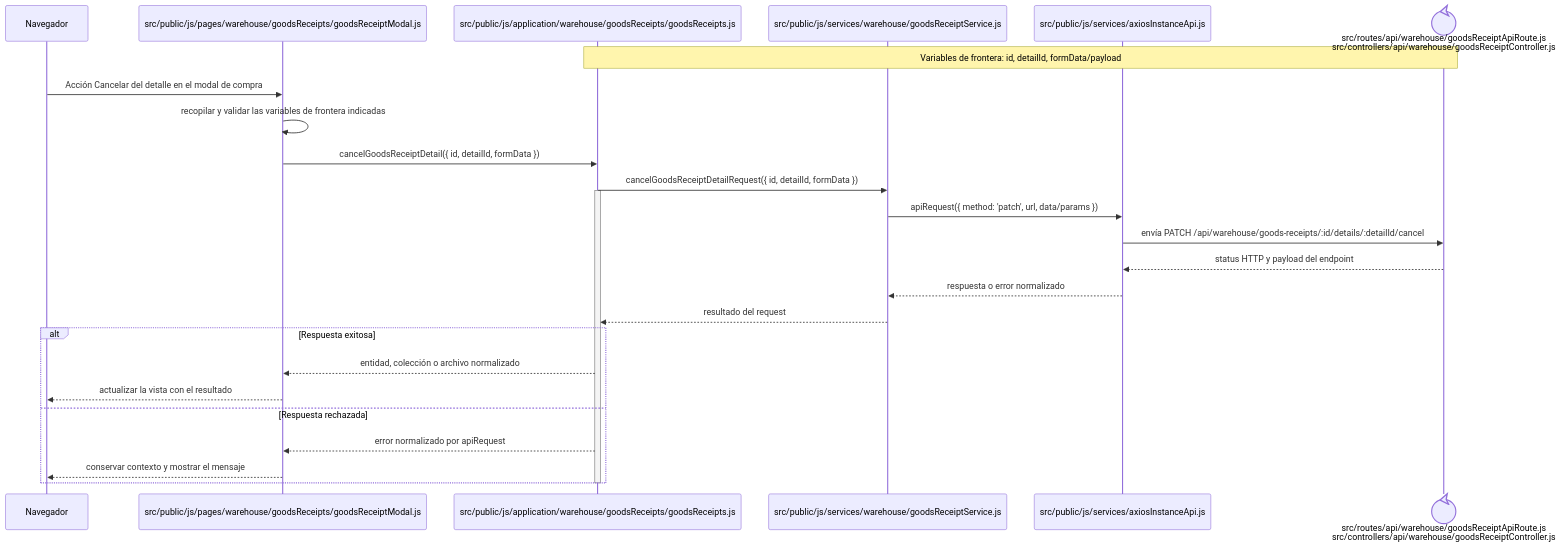
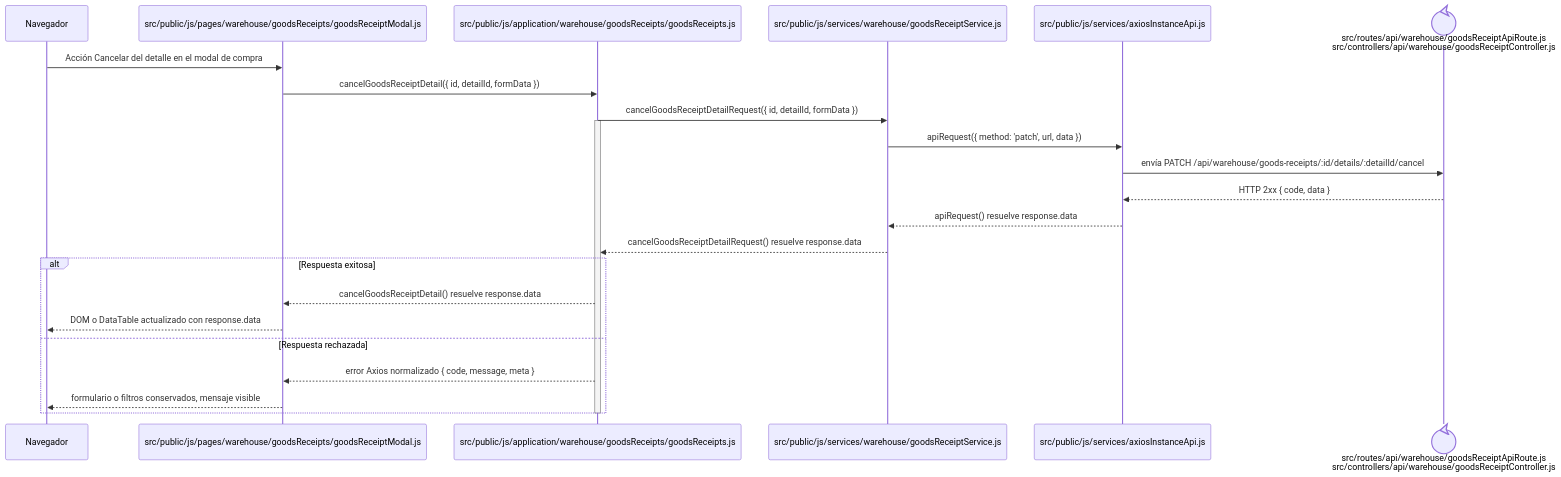
Before and after one commit to gpgsistemas01/nexus: the diagram in docs/architecture/frontend-code-sequences/purchases/cu-ent-05.md, drawn with Mermaid. The commit also changed 148 other files, not shown here.

````diff
--- a/docs/architecture/frontend-code-sequences/purchases/cu-ent-05.md
+++ b/docs/architecture/frontend-code-sequences/purchases/cu-ent-05.md
@@ -6,29 +6,27 @@
 ```mermaid
 sequenceDiagram
     participant Browser as Navegador
     participant View as src/public/js/pages/warehouse/goodsReceipts/goodsReceiptModal.js
     participant Application as src/public/js/application/warehouse/goodsReceipts/goodsReceipts.js
     participant Request as src/public/js/services/warehouse/goodsReceiptService.js
     participant HTTP as src/public/js/services/axiosInstanceApi.js
     participant Transport@{ "type": "control" } as src/routes/api/warehouse/goodsReceiptApiRoute.js<br/>src/controllers/api/warehouse/goodsReceiptController.js
-    Note over Application,Transport: Variables de frontera: id, detailId, formData/payload
 
     Browser->>View: Acción Cancelar del detalle en el modal de compra
-    View->>View: recopilar y validar las variables de frontera indicadas
     View->>Application: cancelGoodsReceiptDetail({ id, detailId, formData })
     Application->>Request: cancelGoodsReceiptDetailRequest({ id, detailId, formData })
     activate Application
-    Request->>HTTP: apiRequest({ method: 'patch', url, data/params })
+    Request->>HTTP: apiRequest({ method: 'patch', url, data })
     HTTP->>Transport: envía PATCH /api/warehouse/goods-receipts/:id/details/:detailId/cancel
-    Transport-->>HTTP: status HTTP y payload del endpoint
-    HTTP-->>Request: respuesta o error normalizado
-    Request-->>Application: resultado del request
+    Transport-->>HTTP: HTTP 2xx { code, data }
+    HTTP-->>Request: apiRequest() resuelve response.data
+    Request-->>Application: cancelGoodsReceiptDetailRequest() resuelve response.data
     alt Respuesta exitosa
-        Application-->>View: entidad, colección o archivo normalizado
-        View-->>Browser: actualizar la vista con el resultado
+        Application-->>View: cancelGoodsReceiptDetail() resuelve response.data
+        View-->>Browser: DOM o DataTable actualizado con response.data
     else Respuesta rechazada
-        Application-->>View: error normalizado por apiRequest
-        View-->>Browser: conservar contexto y mostrar el mensaje
+        Application-->>View: error Axios normalizado { code, message, meta }
+        View-->>Browser: formulario o filtros conservados, mensaje visible
     end
     deactivate Application
 ```
````
